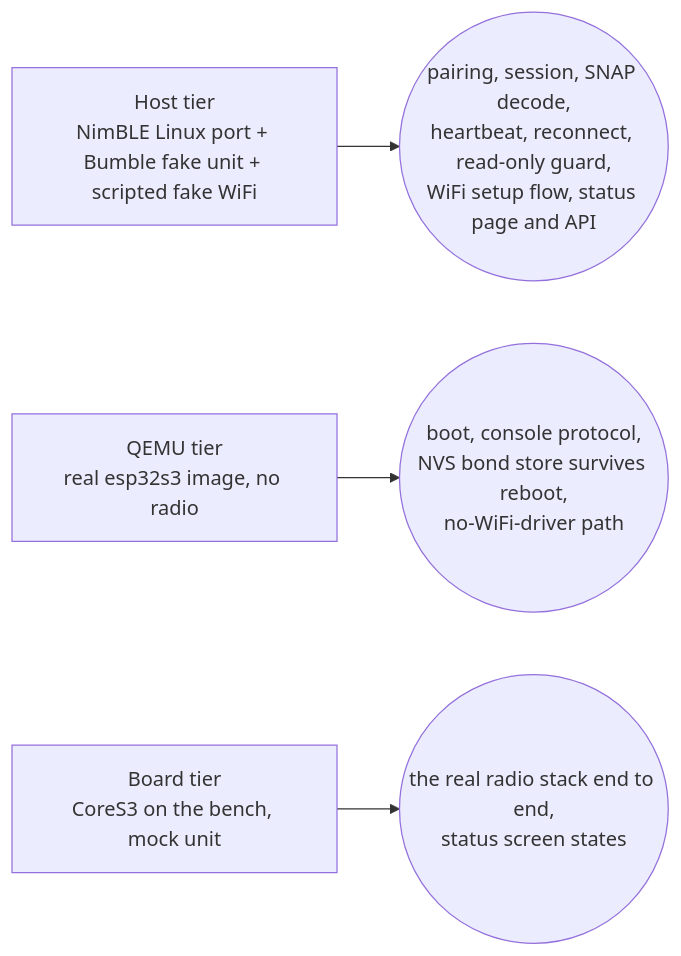
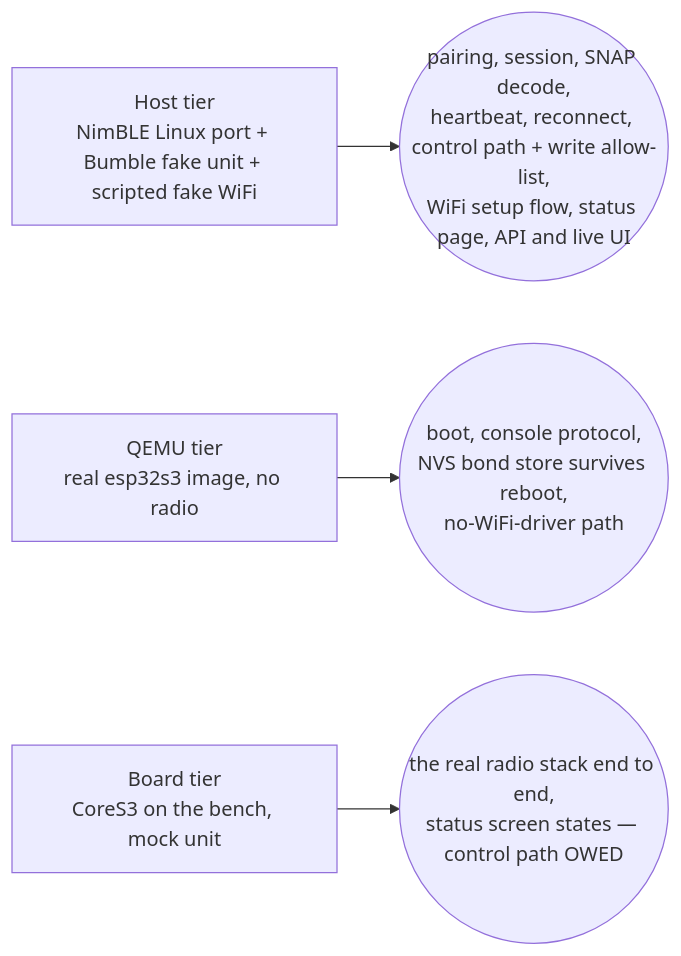
The first of 2 diagrams in docs/firmware.md (ckeller42/open-california), drawn with Mermaid before and after one commit. The commit also changed other lines of this file and 11 other files, not shown here.

````diff
--- a/docs/firmware.md
+++ b/docs/firmware.md
@@ -22,6 +29,6 @@
 ```mermaid
 flowchart LR
-  H["Host tier<br/>NimBLE Linux port + Bumble fake unit + scripted fake WiFi"] --> HP(("pairing, session, SNAP decode,<br/>heartbeat, reconnect, read-only guard,<br/>WiFi setup flow, status page and API"))
+  H["Host tier<br/>NimBLE Linux port + Bumble fake unit + scripted fake WiFi"] --> HP(("pairing, session, SNAP decode,<br/>heartbeat, reconnect, control path + write allow-list,<br/>WiFi setup flow, status page, API and live UI"))
   Q["QEMU tier<br/>real esp32s3 image, no radio"] --> QP(("boot, console protocol,<br/>NVS bond store survives reboot,<br/>no-WiFi-driver path"))
-  B["Board tier<br/>CoreS3 on the bench, mock unit"] --> BP(("the real radio stack end to end,<br/>status screen states"))
+  B["Board tier<br/>CoreS3 on the bench, mock unit"] --> BP(("the real radio stack end to end,<br/>status screen states — control path OWED"))
 ```
````
